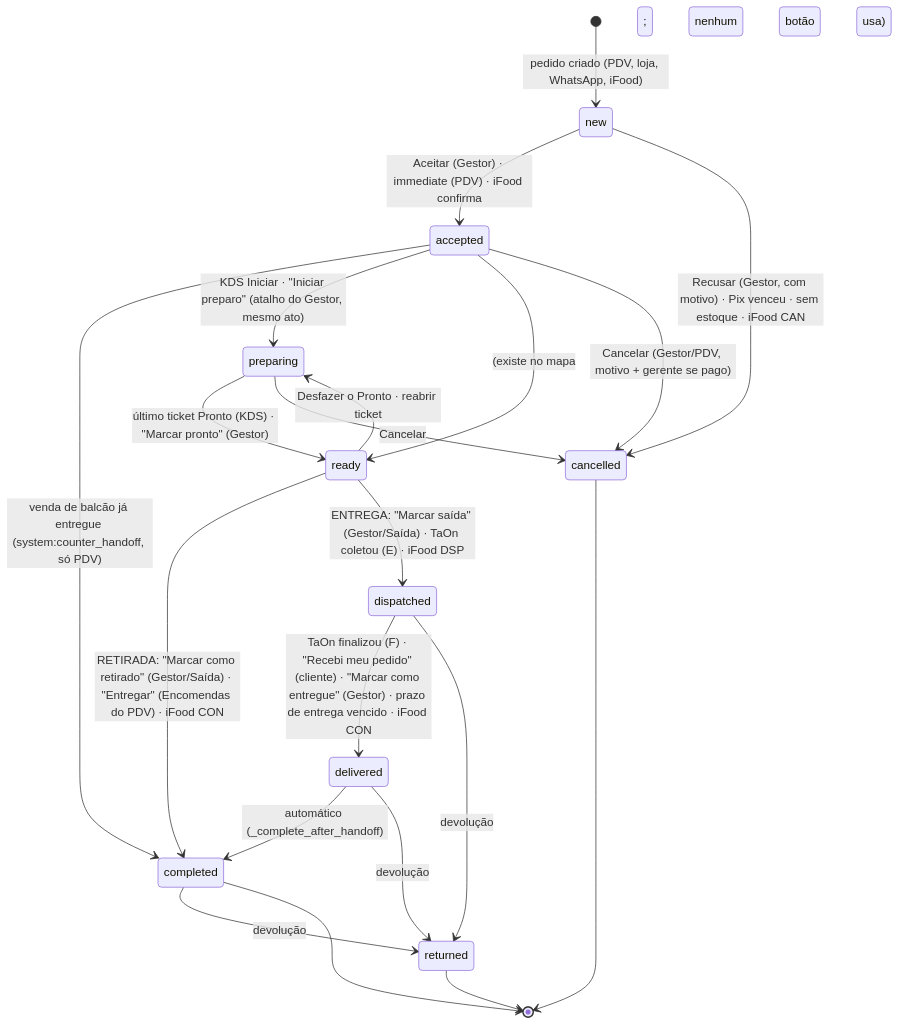
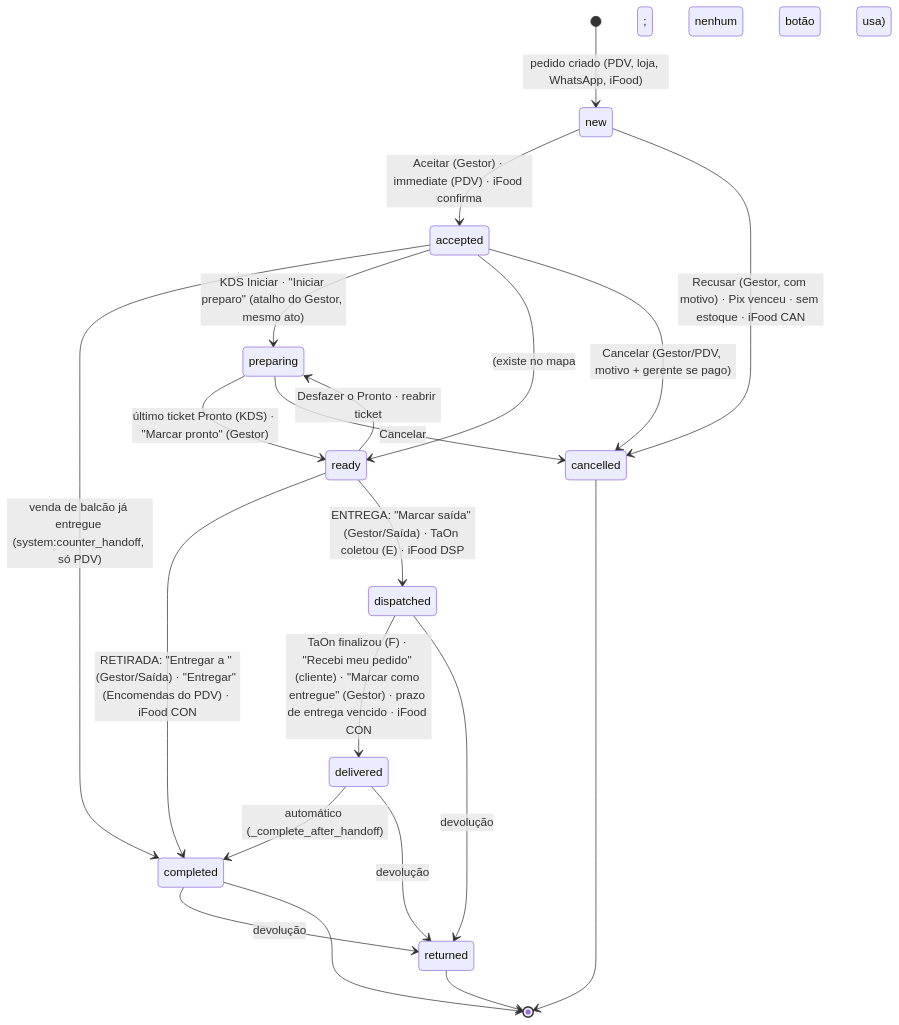
Before and after one commit to nelsonboulangerie/django-shopman: the diagram in docs/reference/cenarios-de-pedido.md, drawn with Mermaid. The commit also changed other lines of this file and 2 other files, not shown here.

First line of the commit message:
docs(gestor): os nomes do WP-G09 na referência e o limite do dia de serviço (P2-08)

````diff
--- a/docs/reference/cenarios-de-pedido.md
+++ b/docs/reference/cenarios-de-pedido.md
@@ -68,23 +68,23 @@
 ```mermaid
 stateDiagram-v2
     [*] --> new: pedido criado (PDV, loja, WhatsApp, iFood)
     new --> accepted: Aceitar (Gestor) · immediate (PDV) · iFood confirma
     new --> cancelled: Recusar (Gestor, com motivo) · Pix venceu · sem estoque · iFood CAN
     accepted --> completed: venda de balcão já entregue (system:counter_handoff, só PDV)
     accepted --> preparing: KDS Iniciar · "Iniciar preparo" (atalho do Gestor, mesmo ato)
     accepted --> ready: (existe no mapa; nenhum botão usa)
     preparing --> ready: último ticket Pronto (KDS) · "Marcar pronto" (Gestor)
     ready --> preparing: Desfazer o Pronto · reabrir ticket
-    ready --> completed: RETIRADA: "Marcar como retirado" (Gestor/Saída) · "Entregar" (Encomendas do PDV) · iFood CON
+    ready --> completed: RETIRADA: "Entregar a <nome>" (Gestor/Saída) · "Entregar" (Encomendas do PDV) · iFood CON
     ready --> dispatched: ENTREGA: "Marcar saída" (Gestor/Saída) · TaOn coletou (E) · iFood DSP
     dispatched --> delivered: TaOn finalizou (F) · "Recebi meu pedido" (cliente) · "Marcar como entregue" (Gestor) · prazo de entrega vencido · iFood CON
     delivered --> completed: automático (_complete_after_handoff)
     accepted --> cancelled: Cancelar (Gestor/PDV, motivo + gerente se pago)
     preparing --> cancelled: Cancelar
     dispatched --> returned: devolução
     delivered --> returned: devolução
     completed --> returned: devolução
     completed --> [*]
     cancelled --> [*]
     returned --> [*]
 ```
````
